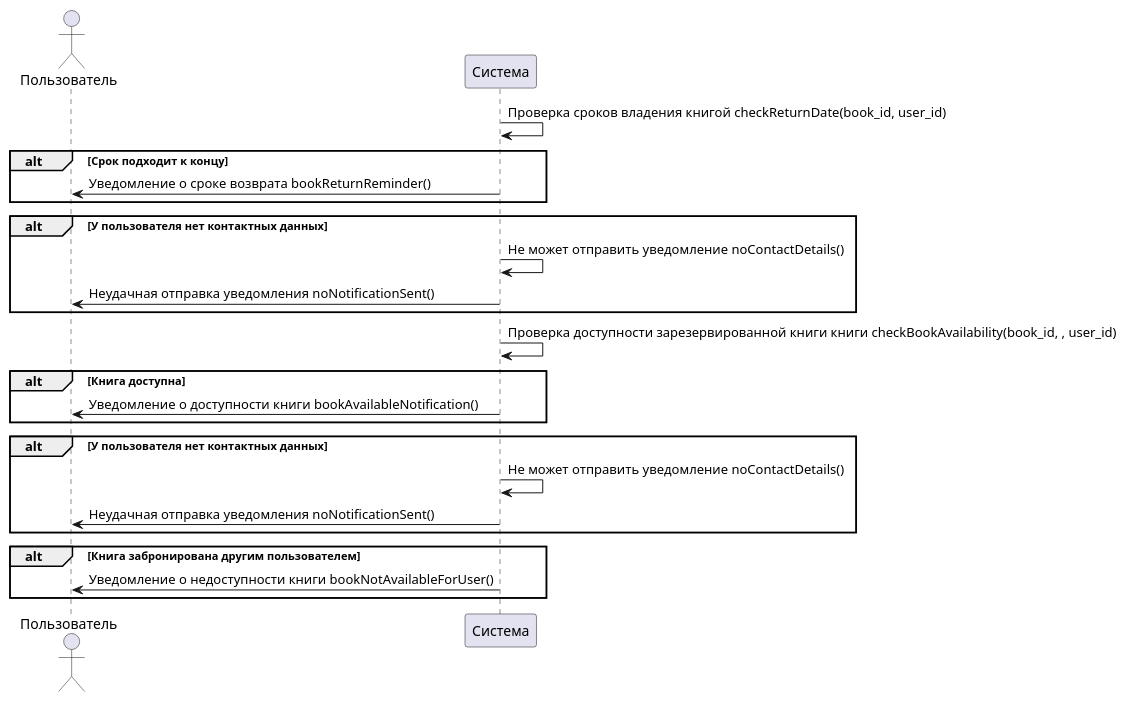
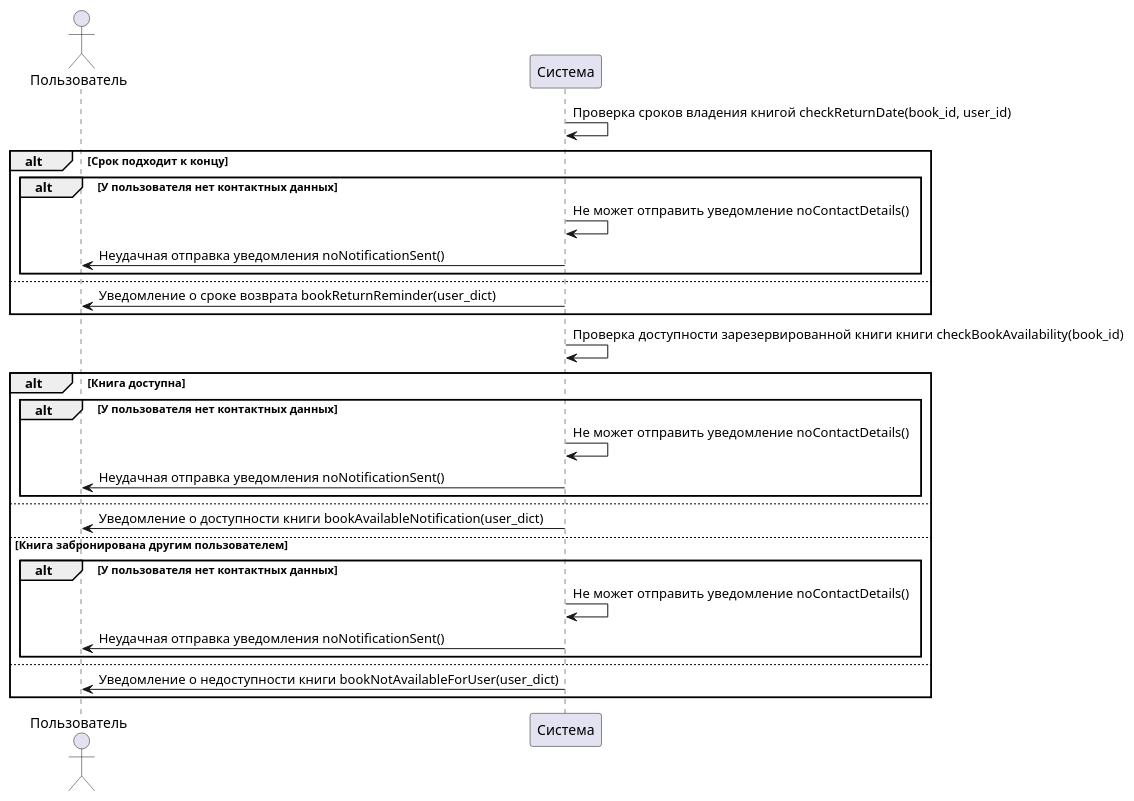
One commit to penamarth/bsbo-03-22_team1_var2 changed the diagram in Theory/Прецеденты/Уведомление/Уведомление uml.md. Above: the diagram before and after it, drawn with PlantUML.

Commit message:
Update Уведомление uml.md

```diff
--- a/Theory/Прецеденты/Уведомление/Уведомление uml.md
+++ b/Theory/Прецеденты/Уведомление/Уведомление uml.md
@@ -1,29 +1,38 @@
 @startuml
 
 actor Пользователь
 participant Система
 
 Система -> Система : Проверка сроков владения книгой checkReturnDate(book_id, user_id)
 alt Срок подходит к концу
-    Система -> Пользователь : Уведомление о сроке возврата bookReturnReminder()
-end
-alt У пользователя нет контактных данных
-    Система -> Система : Не может отправить уведомление noContactDetails()
-    Система -> Пользователь : Неудачная отправка уведомления noNotificationSent()
+    alt У пользователя нет контактных данных
+      Система -> Система : Не может отправить уведомление noContactDetails()
+      Система -> Пользователь : Неудачная отправка уведомления noNotificationSent()
+    end
+    else
+      Система -> Пользователь : Уведомление о сроке возврата bookReturnReminder(user_dict)
+    
 end
 
-Система -> Система : Проверка доступности зарезервированной книги книги checkBookAvailability(book_id, , user_id)
+
+Система -> Система : Проверка доступности зарезервированной книги книги checkBookAvailability(book_id)
 alt Книга доступна
-    Система -> Пользователь : Уведомление о доступности книги bookAvailableNotification()
+    alt У пользователя нет контактных данных
+      Система -> Система : Не может отправить уведомление noContactDetails()
+      Система -> Пользователь : Неудачная отправка уведомления noNotificationSent()
+    end
+    else
+      Система -> Пользователь : Уведомление о доступности книги bookAvailableNotification(user_dict)
+
+else Книга забронирована другим пользователем
+     alt У пользователя нет контактных данных
+      Система -> Система : Не может отправить уведомление noContactDetails()
+      Система -> Пользователь : Неудачная отправка уведомления noNotificationSent()
+    end
+    else
+    Система -> Пользователь : Уведомление о недоступности книги bookNotAvailableForUser(user_dict)
+
 end
 
-alt У пользователя нет контактных данных
-    Система -> Система : Не может отправить уведомление noContactDetails()
-    Система -> Пользователь : Неудачная отправка уведомления noNotificationSent()
-end
-
-alt Книга забронирована другим пользователем
-    Система -> Пользователь : Уведомление о недоступности книги bookNotAvailableForUser()
-end
 
 @enduml
```
